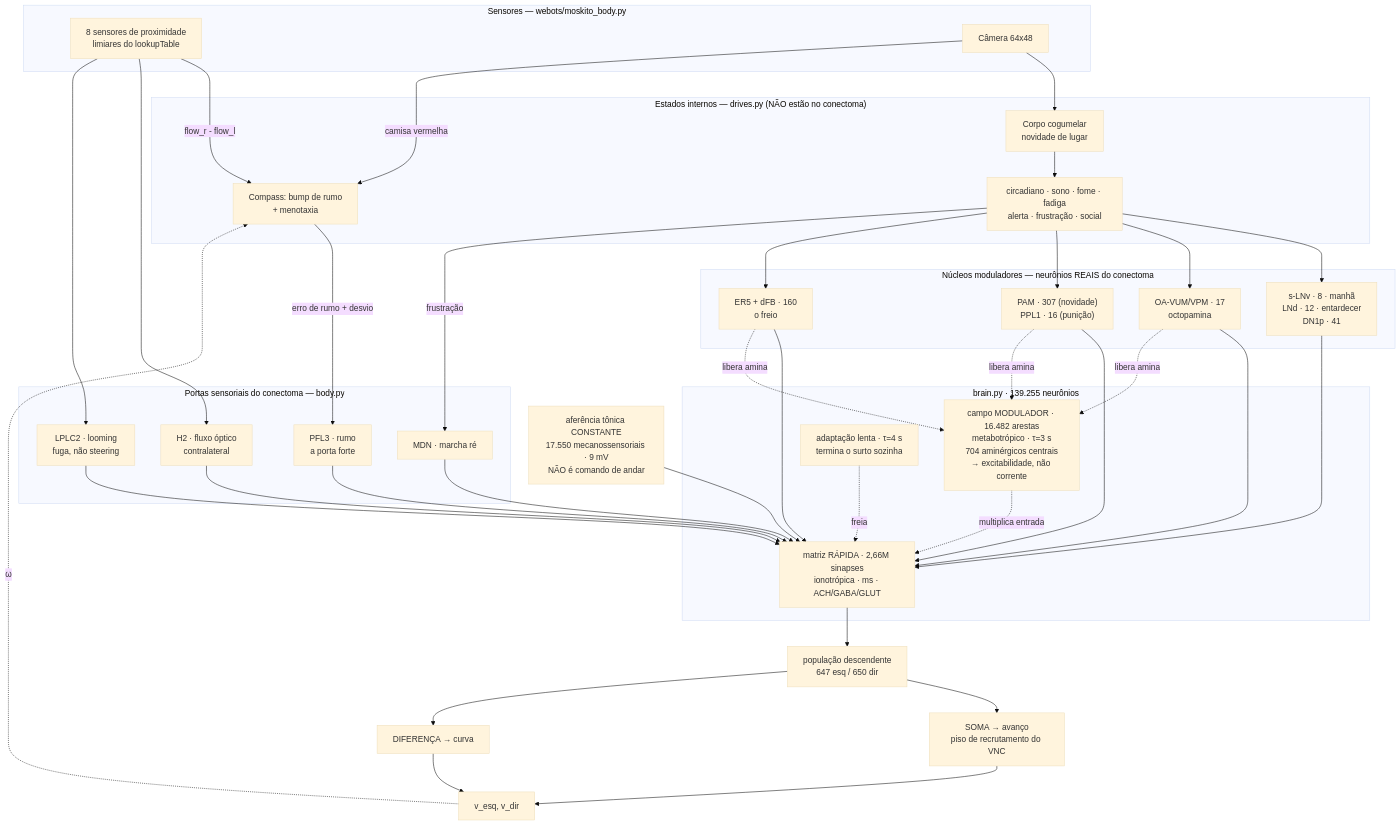
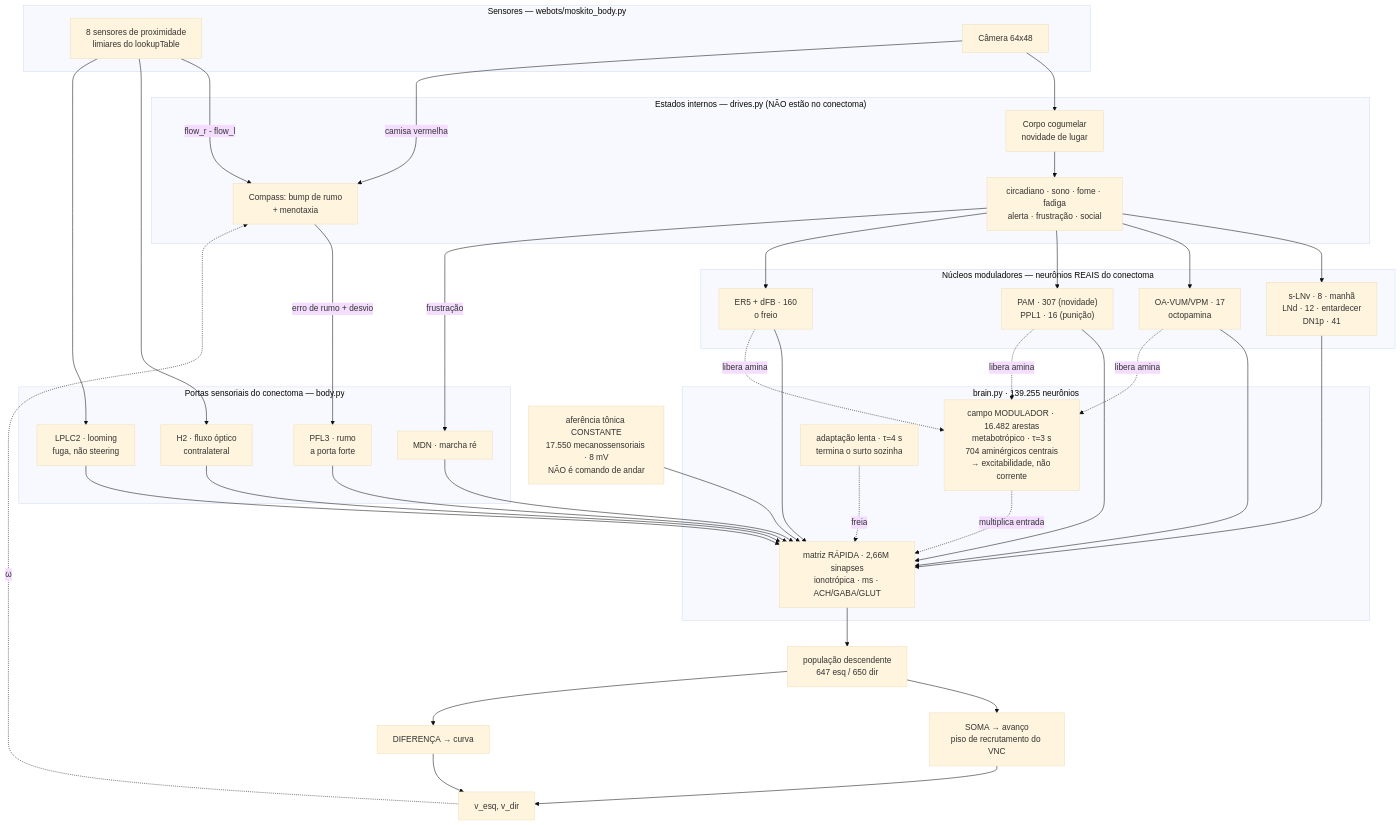
The diagram in CLAUDE.md (albertferreira2020/moskito), drawn with Mermaid (base theme) before and after one commit. The commit also changed other lines of this file and 6 other files, not shown here.

````diff
--- a/CLAUDE.md
+++ b/CLAUDE.md
@@ -34,58 +34,58 @@
 ```mermaid
 flowchart TD
     subgraph sensores["Sensores — webots/moskito_body.py"]
         PS["8 sensores de proximidade<br/>limiares do lookupTable"]
         CAM["Câmera 64x48"]
     end
 
     subgraph estados["Estados internos — drives.py (NÃO estão no conectoma)"]
         DR["circadiano · sono · fome · fadiga<br/>alerta · frustração · social"]
         MB["Corpo cogumelar<br/>novidade de lugar"]
         CX["Compass: bump de rumo<br/>+ menotaxia"]
     end
 
     subgraph nucleos["Núcleos moduladores — neurônios REAIS do conectoma"]
         CLK["s-LNv · 8 · manhã<br/>LNd · 12 · entardecer<br/>DN1p · 41"]
         OA["OA-VUM/VPM · 17<br/>octopamina"]
         DA["PAM · 307 (novidade)<br/>PPL1 · 16 (punição)"]
         SLP["ER5 + dFB · 160<br/>o freio"]
     end
 
     subgraph portas["Portas sensoriais do conectoma — body.py"]
         H2["H2 · fluxo óptico<br/>contralateral"]
         LPLC["LPLC2 · looming<br/>fuga, não steering"]
         PFL["PFL3 · rumo<br/>a porta forte"]
         MDN["MDN · marcha ré"]
     end
 
-    TON["aferência tônica CONSTANTE<br/>17.550 mecanossensoriais · 9 mV<br/>NÃO é comando de andar"]
+    TON["aferência tônica CONSTANTE<br/>17.550 mecanossensoriais · 8 mV<br/>NÃO é comando de andar"]
 
     subgraph rede["brain.py · 139.255 neurônios"]
         FAST["matriz RÁPIDA · 2,66M sinapses<br/>ionotrópica · ms · ACH/GABA/GLUT"]
         MODF["campo MODULADOR · 16.482 arestas<br/>metabotrópico · τ=3 s<br/>704 aminérgicos centrais<br/>→ excitabilidade, não corrente"]
         ADAPT["adaptação lenta · τ=4 s<br/>termina o surto sozinha"]
     end
 
     DN["população descendente<br/>647 esq / 650 dir"]
     SOMA["SOMA → avanço<br/>piso de recrutamento do VNC"]
     DIF["DIFERENÇA → curva"]
     RODAS["v_esq, v_dir"]
 
     CAM --> MB --> DR
     CAM -->|camisa vermelha| CX
     PS -->|flow_r - flow_l| CX
     PS --> H2 & LPLC
     DR --> CLK & OA & DA & SLP
     CX -->|erro de rumo + desvio| PFL
     DR -->|frustração| MDN
     CLK & OA & DA & SLP --> FAST
     TON --> FAST
     H2 & LPLC & PFL & MDN --> FAST
     OA & DA & SLP -.->|libera amina| MODF
     MODF -.->|multiplica entrada| FAST
     ADAPT -.->|freia| FAST
     FAST --> DN
     DN --> SOMA & DIF
     SOMA & DIF --> RODAS
     RODAS -.->|ω| CX
 ```
````
